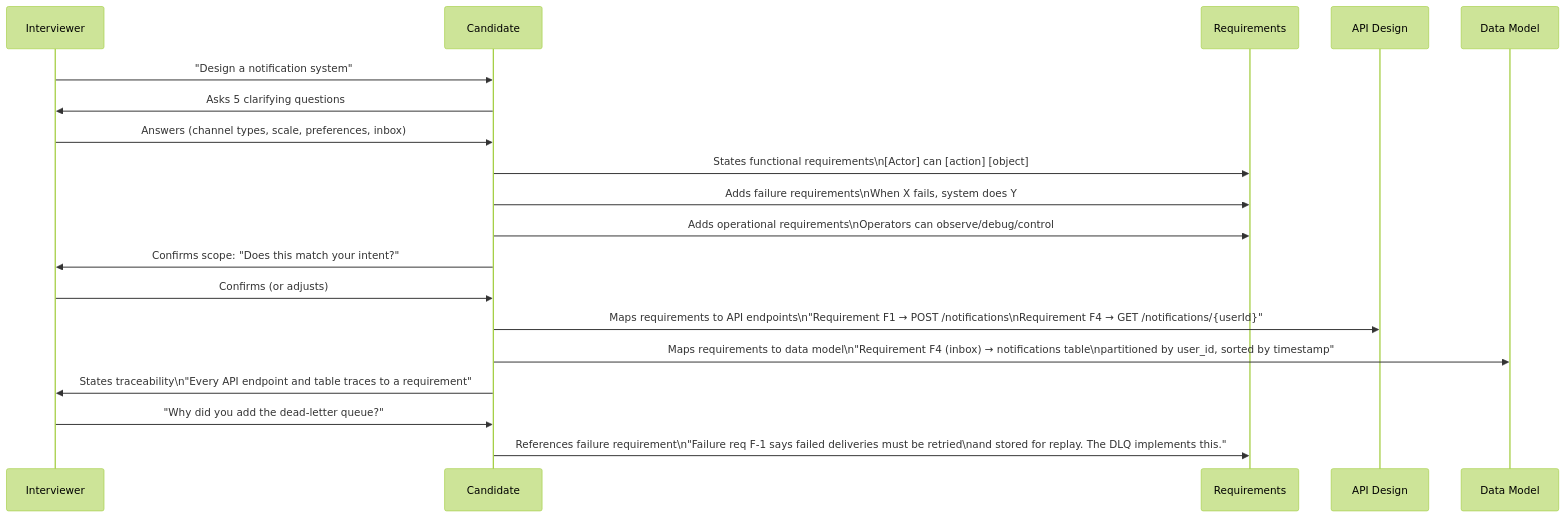
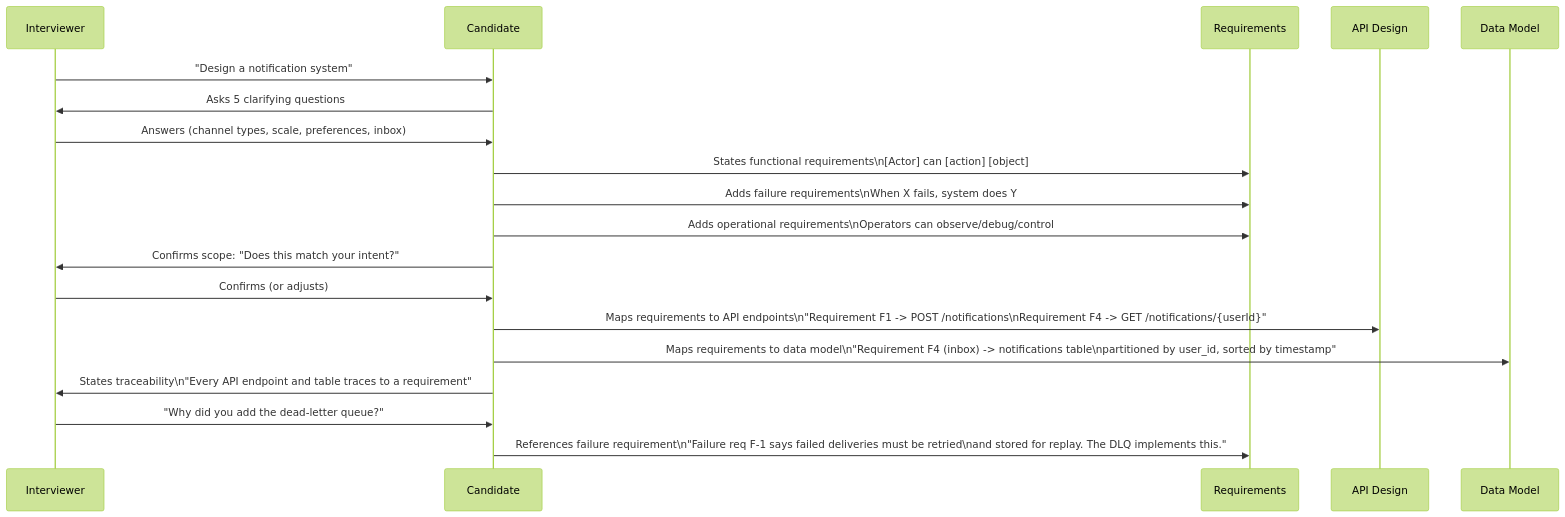
One commit to ranjeetnegi/System-Design-for-Staff-SWE changed the sixth of 9 diagrams in Section2/Chapter_15_Phase_2_Functional_Requirements.md. Above: the diagram before and after it, drawn with Mermaid (forest theme). The commit also changed other lines of this file and 20 other files, not shown here.

````diff
--- a/Section2/Chapter_15_Phase_2_Functional_Requirements.md
+++ b/Section2/Chapter_15_Phase_2_Functional_Requirements.md
@@ -1930,22 +1930,22 @@
 ```mermaid
 sequenceDiagram
     participant I as Interviewer
     participant C as Candidate
     participant R as Requirements
     participant A as API Design
     participant D as Data Model
 
     I->>C: "Design a notification system"
     C->>I: Asks 5 clarifying questions
     I->>C: Answers (channel types, scale, preferences, inbox)
     C->>R: States functional requirements\n[Actor] can [action] [object]
     C->>R: Adds failure requirements\nWhen X fails, system does Y
     C->>R: Adds operational requirements\nOperators can observe/debug/control
     C->>I: Confirms scope: "Does this match your intent?"
     I->>C: Confirms (or adjusts)
-    C->>A: Maps requirements to API endpoints\n"Requirement F1 → POST /notifications\nRequirement F4 → GET /notifications/{userId}"
-    C->>D: Maps requirements to data model\n"Requirement F4 (inbox) → notifications table\npartitioned by user_id, sorted by timestamp"
+    C->>A: Maps requirements to API endpoints\n"Requirement F1 -> POST /notifications\nRequirement F4 -> GET /notifications/{userId}"
+    C->>D: Maps requirements to data model\n"Requirement F4 (inbox) -> notifications table\npartitioned by user_id, sorted by timestamp"
     C->>I: States traceability\n"Every API endpoint and table traces to a requirement"
     I->>C: "Why did you add the dead-letter queue?"
     C->>R: References failure requirement\n"Failure req F-1 says failed deliveries must be retried\nand stored for replay. The DLQ implements this."
 ```
````
